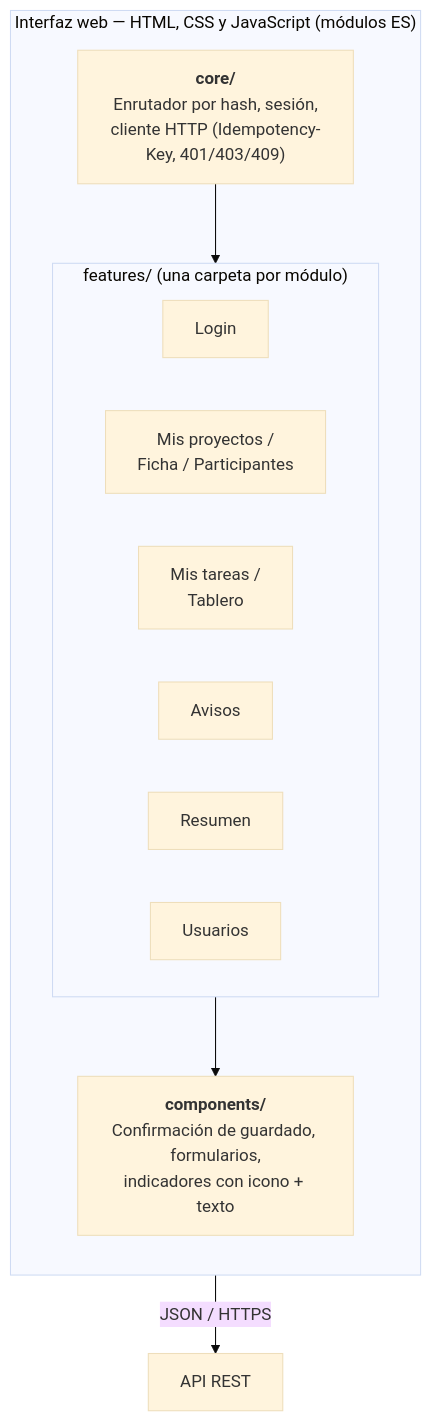
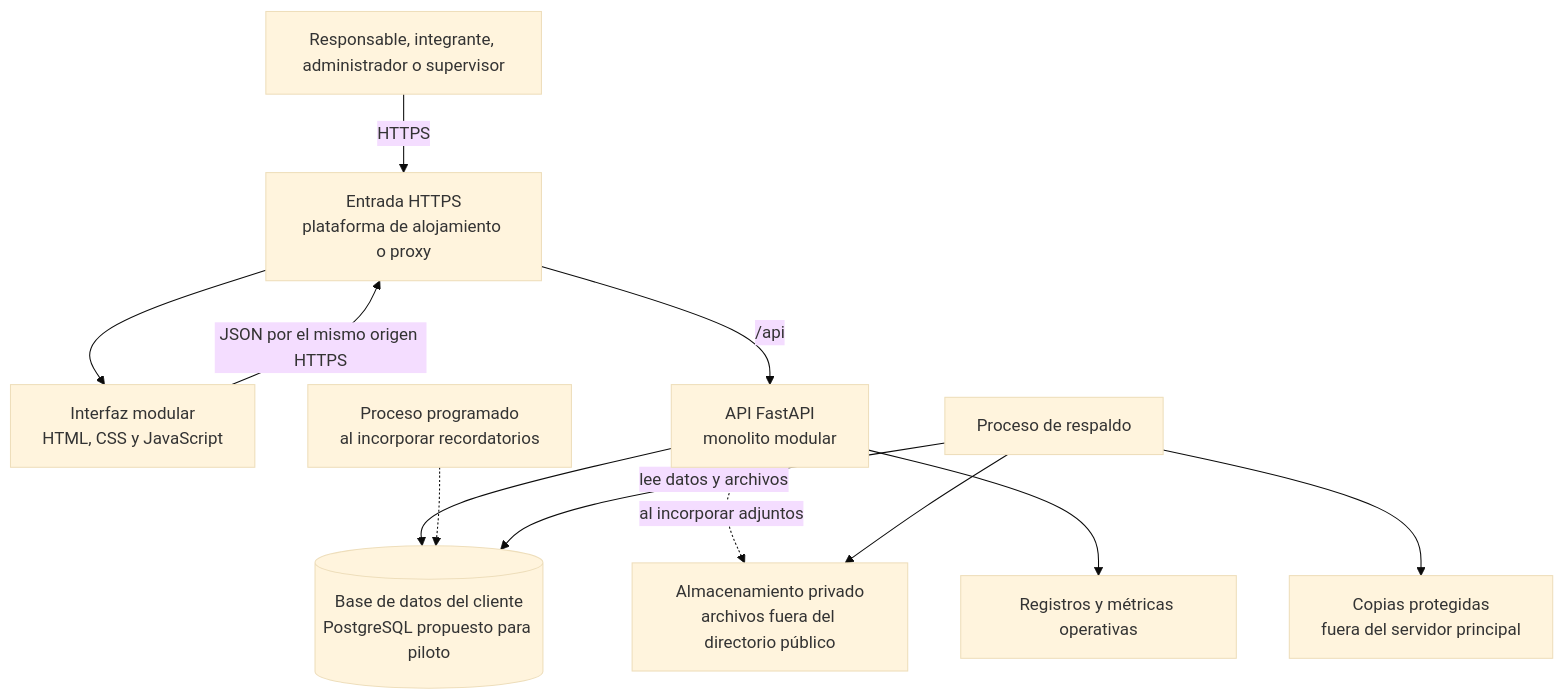
One commit to FabianReyna17/ProjectManagement changed the third of 5 diagrams in docs/Arquitectura_Gestion_Proyectos.md. Above: the diagram before and after it, drawn with Mermaid (base theme). The commit also changed other lines of this file and 6 other files, not shown here.

First line of the commit message:
Usar la arquitectura de monolito modular con SQLite

````diff
--- a/docs/Arquitectura_Gestion_Proyectos.md
+++ b/docs/Arquitectura_Gestion_Proyectos.md
@@ -166,23 +93,15 @@
 ```mermaid
 flowchart TB
-    subgraph WEB["Interfaz web — HTML, CSS y JavaScript (módulos ES)"]
-        direction TB
-        core["<b>core/</b><br/>Enrutador por hash, sesión,<br/>cliente HTTP (Idempotency-Key, 401/403/409)"]
-        subgraph F["features/ (una carpeta por módulo)"]
-            direction LR
-            f_auth["Login"]
-            f_proy["Mis proyectos /<br/>Ficha / Participantes"]
-            f_tar["Mis tareas /<br/>Tablero"]
-            f_av["Avisos"]
-            f_rep["Resumen"]
-            f_adm["Usuarios"]
-        end
-        comp["<b>components/</b><br/>Confirmación de guardado, formularios,<br/>indicadores con icono + texto"]
-    end
-
-    api["API REST"]
-
-    core --> F
-    F --> comp
-    core -- "JSON / HTTPS" --> api
+    persona["Responsable, integrante, administrador o supervisor"]
+    persona -->|"HTTPS"| entrada["Entrada HTTPS<br/>plataforma de alojamiento o proxy"]
+    entrada --> web["Interfaz modular<br/>HTML, CSS y JavaScript"]
+    entrada -->|"/api"| api["API FastAPI<br/>monolito modular"]
+    web -->|"JSON por el mismo origen HTTPS"| entrada
+    api --> datos[("Base de datos del cliente<br/>PostgreSQL propuesto para piloto")]
+    api -.->|"al incorporar adjuntos"| archivos["Almacenamiento privado<br/>archivos fuera del directorio público"]
+    proceso["Proceso programado<br/>al incorporar recordatorios"] -.-> datos
+    respaldo["Proceso de respaldo"] -->|"lee datos y archivos"| datos
+    respaldo --> archivos
+    respaldo --> copias["Copias protegidas<br/>fuera del servidor principal"]
+    api --> logs["Registros y métricas operativas"]
 ```
````
